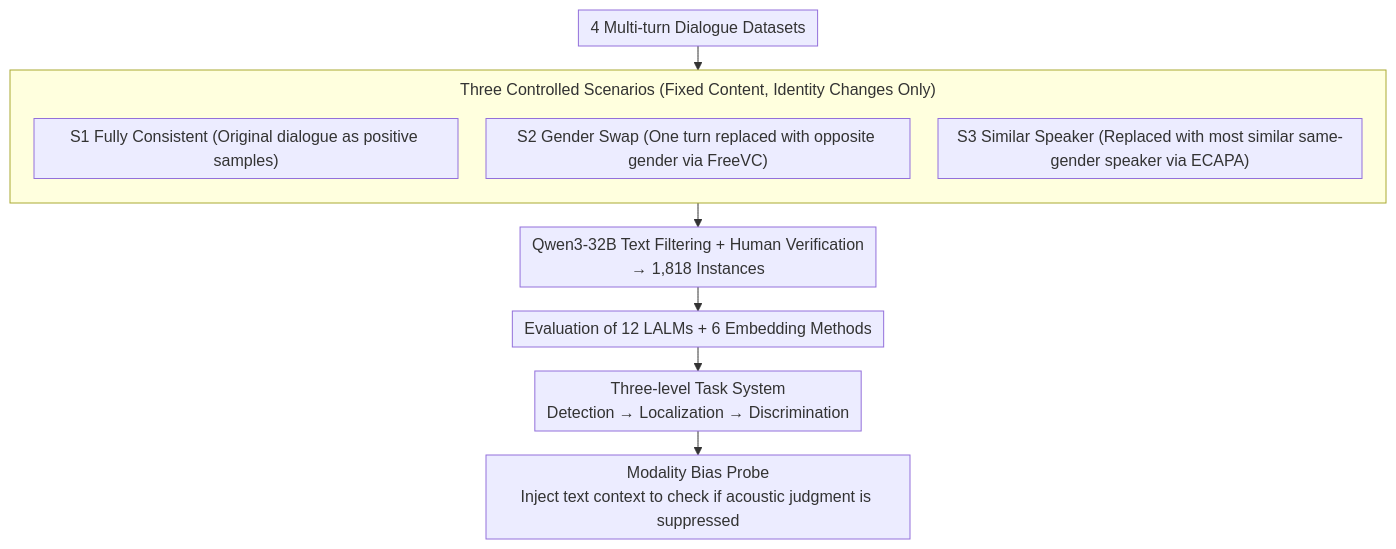
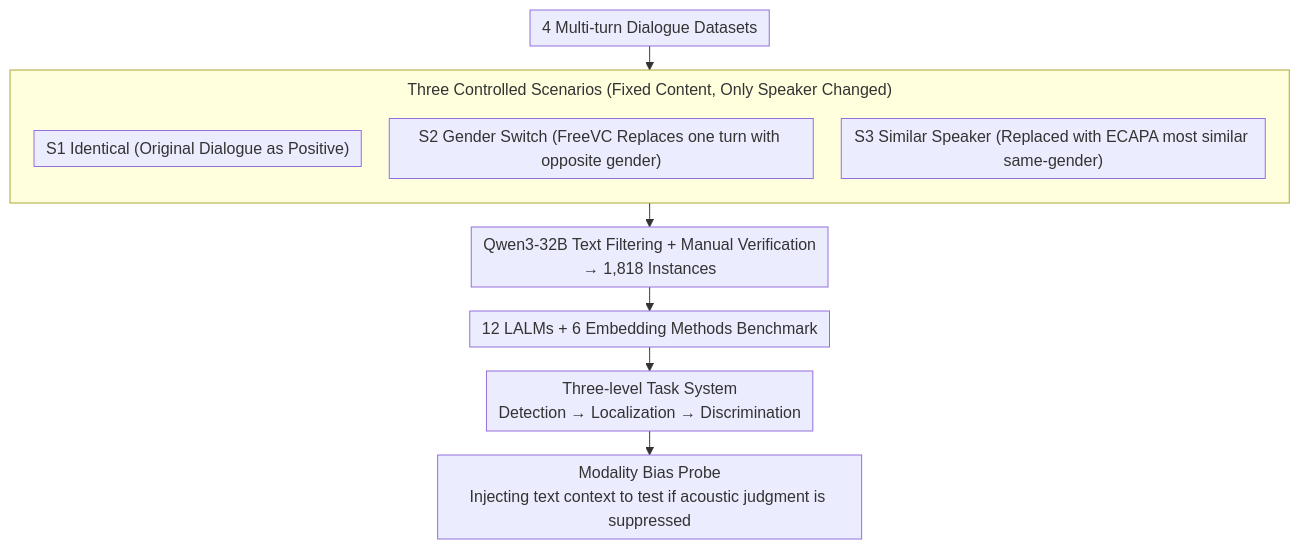
Before and after one commit to zhaoyang97/Paper-Notes-en: the diagram in docs/ACL2026/audio_speech/speakersleuth_can_large_audio-language_models_judge_speaker_consistency_across_m.md, drawn with Mermaid. The commit also changed other lines of this file and 5084 other files, not shown here.

````diff
--- a/docs/ACL2026/audio_speech/speakersleuth_can_large_audio-language_models_judge_speaker_consistency_across_m.md
+++ b/docs/ACL2026/audio_speech/speakersleuth_can_large_audio-language_models_judge_speaker_consistency_across_m.md
@@ -47,15 +47,15 @@
 ```mermaid
 %%{init: {'flowchart': {'rankSpacing': 24, 'nodeSpacing': 28, 'padding': 6, 'wrappingWidth': 400, 'subGraphTitleMargin': {'top': 8, 'bottom': 16}}}}%%
 flowchart TD
     A["4 Multi-turn Dialogue Datasets"] --> S1
-    subgraph S1["Three Controlled Scenarios (Fixed Content, Identity Changes Only)"]
+    subgraph S1["Three Controlled Scenarios (Fixed Content, Only Speaker Changed)"]
         direction TB
-        B["S1 Fully Consistent (Original dialogue as positive samples)"]
-        C["S2 Gender Swap (One turn replaced with opposite gender via FreeVC)"]
-        D["S3 Similar Speaker (Replaced with most similar same-gender speaker via ECAPA)"]
+        B["S1 Identical (Original Dialogue as Positive)"]
+        C["S2 Gender Switch (FreeVC Replaces one turn with opposite gender)"]
+        D["S3 Similar Speaker (Replaced with ECAPA most similar same-gender)"]
     end
-    S1 --> E["Qwen3-32B Text Filtering + Human Verification<br/>→ 1,818 Instances"]
-    E --> F["Evaluation of 12 LALMs + 6 Embedding Methods"]
+    S1 --> E["Qwen3-32B Text Filtering + Manual Verification<br/>→ 1,818 Instances"]
+    E --> F["12 LALMs + 6 Embedding Methods Benchmark"]
     F --> G["Three-level Task System<br/>Detection → Localization → Discrimination"]
-    G --> H["Modality Bias Probe<br/>Inject text context to check if acoustic judgment is suppressed"]
+    G --> H["Modality Bias Probe<br/>Injecting text context to test if acoustic judgment is suppressed"]
 ```
````
